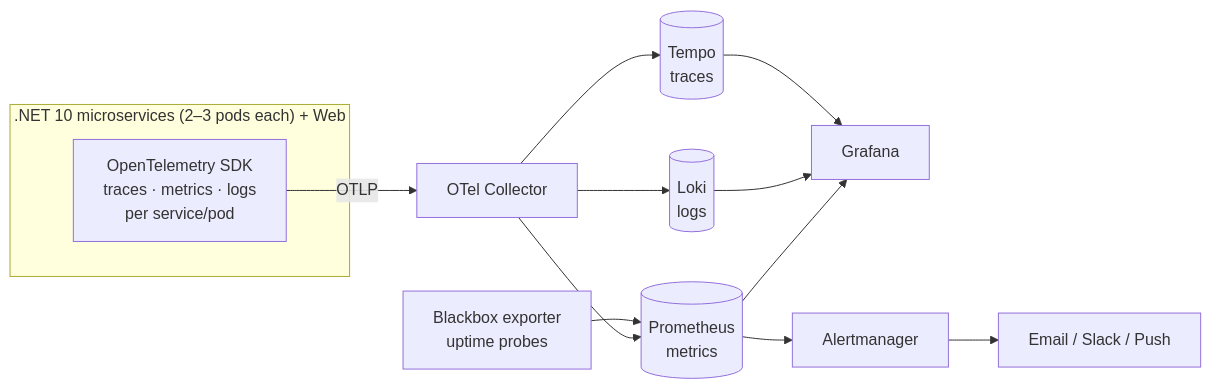
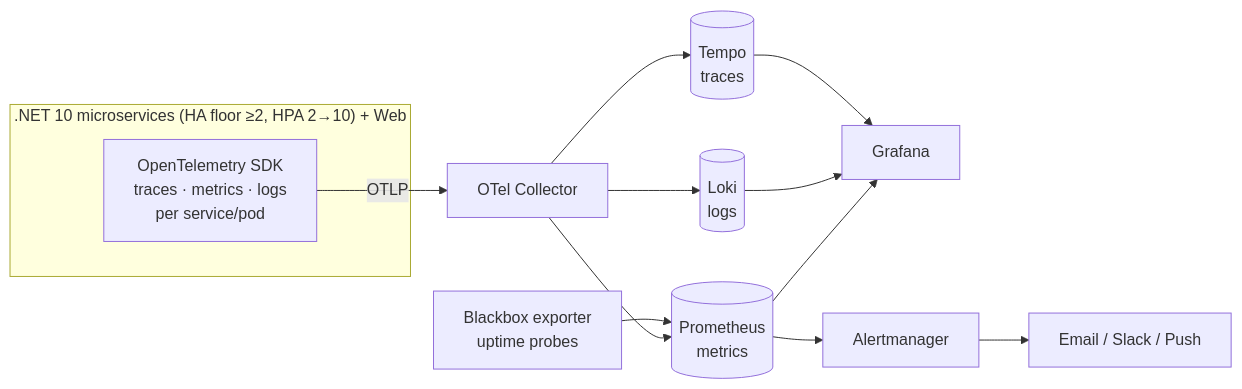
The first of 2 diagrams in phase-0/05-monitoring.md (getdue-dev/getdue-docs), drawn with Mermaid before and after one commit. The commit also changed other lines of this file and 17 other files, not shown here.

````diff
--- a/phase-0/05-monitoring.md
+++ b/phase-0/05-monitoring.md
@@ -12,16 +12,16 @@
 ```mermaid
 graph LR
-    subgraph App[".NET 10 microservices (2–3 pods each) + Web"]
+    subgraph App[".NET 10 microservices (HA floor ≥2, HPA 2→10) + Web"]
         OT[OpenTelemetry SDK\ntraces · metrics · logs\nper service/pod]
     end
     OT -->|OTLP| Col[OTel Collector]
     Col --> Prom[(Prometheus\nmetrics)]
     Col --> Loki[(Loki\nlogs)]
     Col --> Tempo[(Tempo\ntraces)]
     Prom --> Graf[Grafana]
     Loki --> Graf
     Tempo --> Graf
     Prom --> AM[Alertmanager]
     AM --> Notify[Email / Slack / Push]
     BB[Blackbox exporter\nuptime probes] --> Prom
 ```
````
